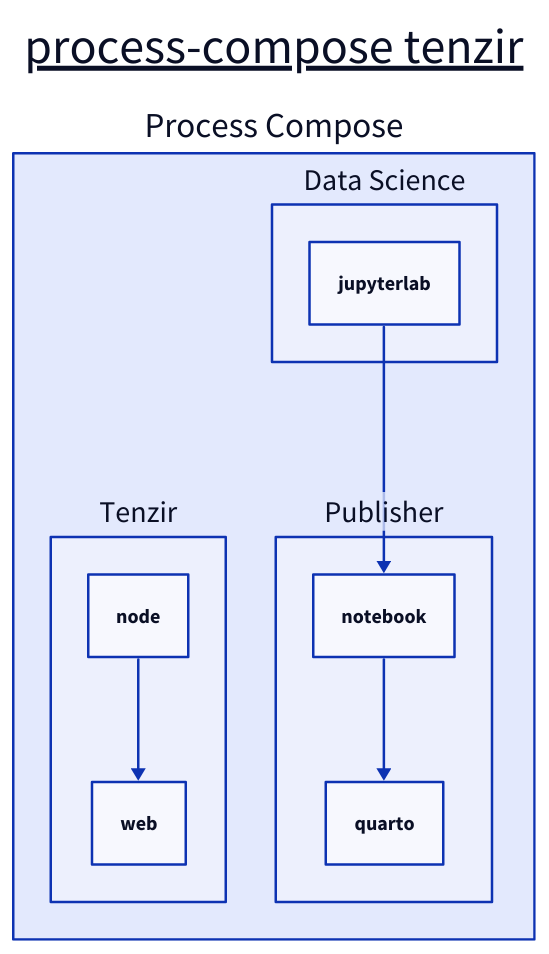
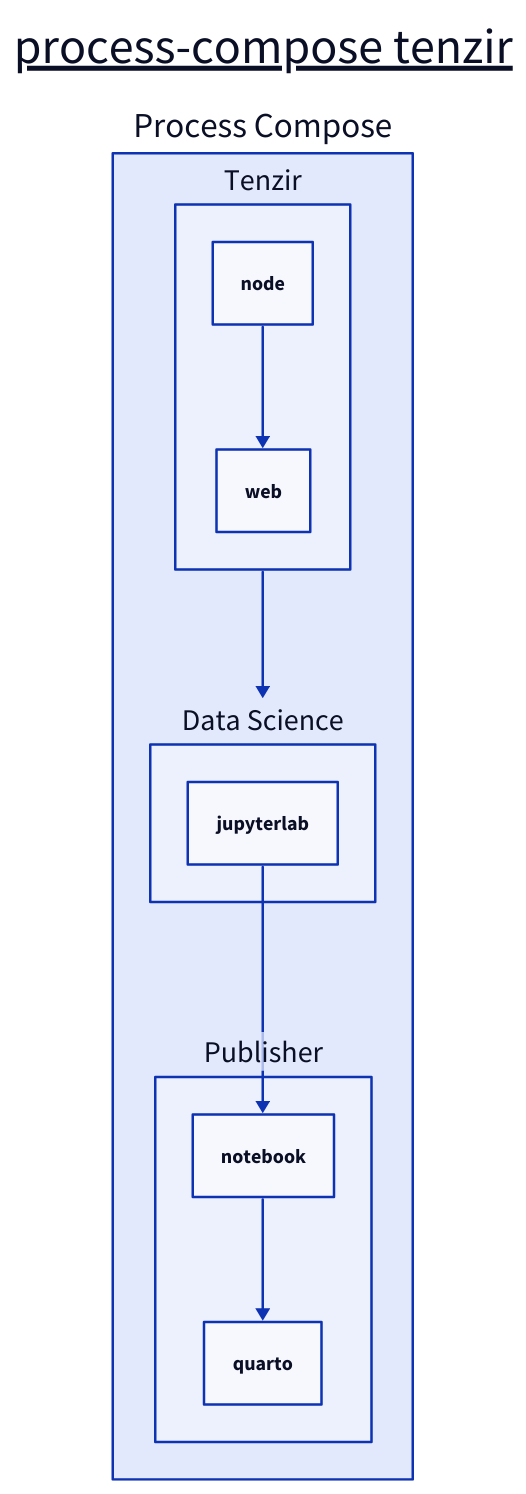
Before and after one commit to tao3k/tenzir-devops: the diagram in diagrams/process-compose-tenzir.d2, drawn with D2. The commit also changed 2 other files, not shown here.

Commit message:
docs: add diagrams

```diff
--- a/diagrams/process-compose-tenzir.d2
+++ b/diagrams/process-compose-tenzir.d2
@@ -1,29 +1,29 @@
 # [[file:process-compose.org::*dd][dd:1]]
 # !/usr/bin/env d2 --theme 200
 #
 title: {
   label: process-compose tenzir
   near: top-center
   shape: text
   style.font-size: 40
   style.underline: true
 }
 
 process-compose: Process Compose {
   tenzir: Tenzir {
     node -> web
   }
 
   data-science: Data Science {
     jupyterlab
   }
 
   publisher: Publisher {
     notebook -> quarto
   }
 
   data-science.jupyterlab -> publisher.notebook
 
-  data-science
+  tenzir -> data-science
 }
 # dd:1 ends here
```
